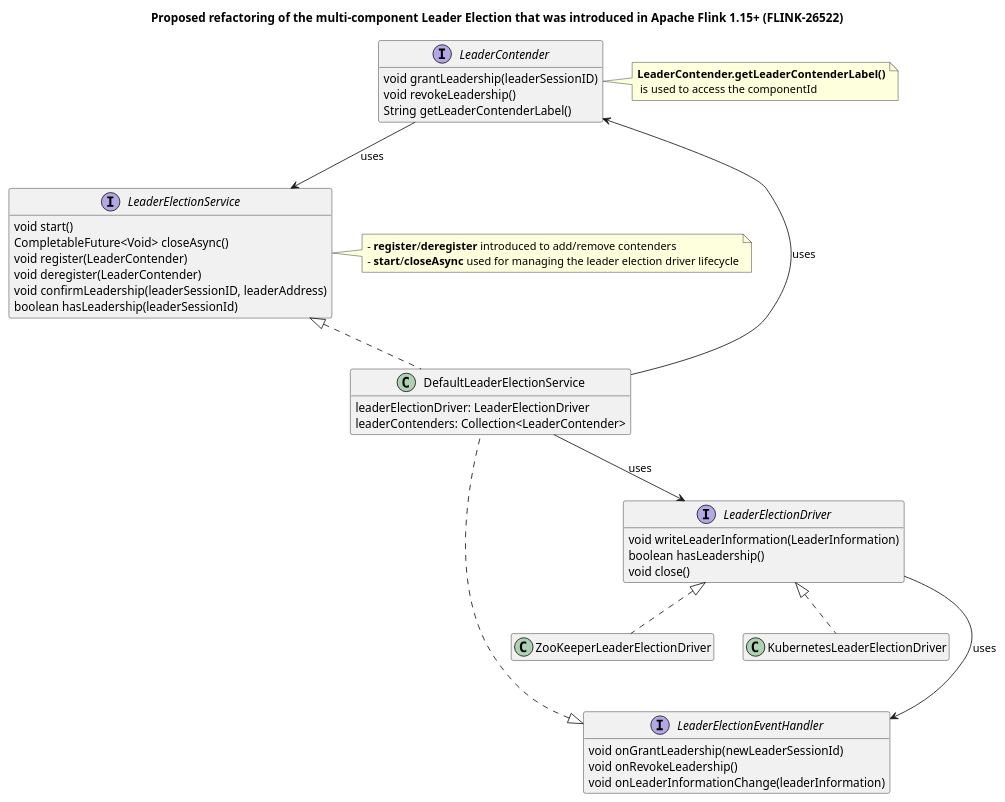
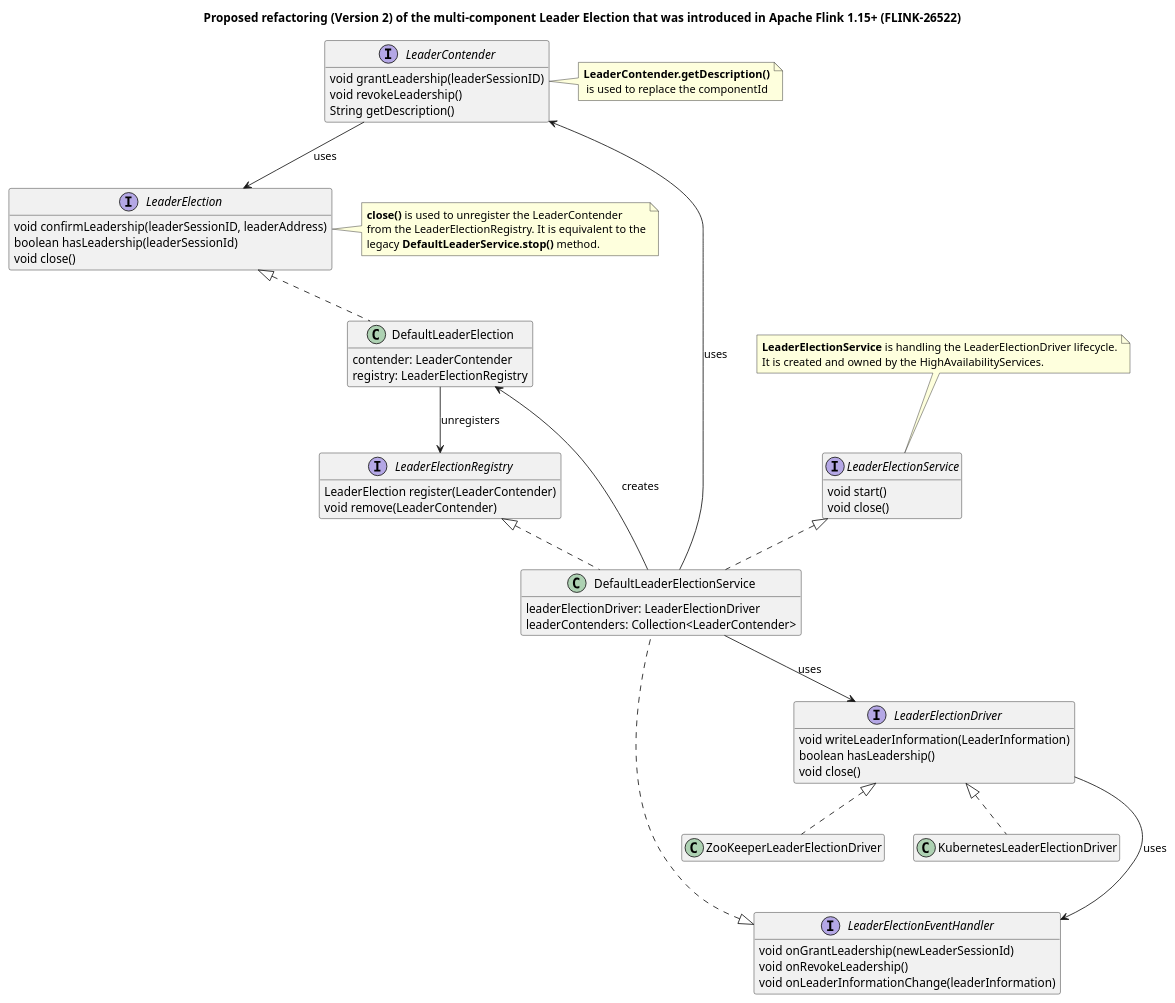
Before and after one commit to XComp/flink-diagrams: the diagram in plantuml/leaderelection-FLINK-26522.class.puml, drawn with PlantUML.

Commit message:
Updated proposal (v2) for FLINK-26522 changes.

```diff
--- a/plantuml/leaderelection-FLINK-26522.class.puml
+++ b/plantuml/leaderelection-FLINK-26522.class.puml
@@ -1,61 +1,84 @@
 @startuml
 'https://plantuml.com/class-diagram
 
-title Proposed refactoring of the multi-component Leader Election that was introduced in Apache Flink 1.15+ (FLINK-26522)
+title Proposed refactoring (Version 2) of the multi-component Leader Election that was introduced in Apache Flink 1.15+ (FLINK-26522)
 
 interface LeaderContender {
     void grantLeadership(leaderSessionID)
     void revokeLeadership()
-    String getLeaderContenderLabel()
+    String getDescription()
 }
 hide LeaderContender fields
-note right: <b>LeaderContender.getLeaderContenderLabel()</b>\n is used to access the componentId
+note right: <b>LeaderContender.getDescription()</b>\n is used to replace the componentId
 
 interface LeaderElectionDriver {
     void writeLeaderInformation(LeaderInformation)
     boolean hasLeadership()
     void close()
 }
 hide LeaderElectionDriver fields
 
 interface LeaderElectionEventHandler {
     void onGrantLeadership(newLeaderSessionId)
     void onRevokeLeadership()
     void onLeaderInformationChange(leaderInformation)
 }
 hide LeaderElectionEventHandler fields
 
 interface LeaderElectionService {
     void start()
-    CompletableFuture<Void> closeAsync()
-    void register(LeaderContender)
-    void deregister(LeaderContender)
+    void close()
+}
+hide LeaderElectionService fields
+note top of LeaderElectionService
+    <b>LeaderElectionService</b> is handling the LeaderElectionDriver lifecycle.
+    It is created and owned by the HighAvailabilityServices.
+end note
+
+interface LeaderElectionRegistry {
+    LeaderElection register(LeaderContender)
+    void remove(LeaderContender)
+}
+hide LeaderElectionRegistry fields
+
+interface LeaderElection {
     void confirmLeadership(leaderSessionID, leaderAddress)
     boolean hasLeadership(leaderSessionId)
+    void close()
 }
-hide LeaderElectionService fields
-note left of LeaderElectionService
-- <b>register</b>/<b>deregister</b> introduced to add/remove contenders
-- <b>start</b>/<b>closeAsync</b> used for managing the leader election driver lifecycle
+hide LeaderElection fields
+note left of LeaderElection
+    <b>close()</b> is used to unregister the LeaderContender
+    from the LeaderElectionRegistry. It is equivalent to the
+    legacy <b>DefaultLeaderService.stop()</b> method.
 end note
+
+class DefaultLeaderElection implements LeaderElection {
+    contender: LeaderContender
+    registry: LeaderElectionRegistry
+}
+hide DefaultLeaderElection methods
 
 class DefaultLeaderElectionService {
     leaderElectionDriver: LeaderElectionDriver
     leaderContenders: Collection<LeaderContender>
 }
 hide DefaultLeaderElectionService methods
 
 class ZooKeeperLeaderElectionDriver implements LeaderElectionDriver
 hide ZooKeeperLeaderElectionDriver members
 
 class KubernetesLeaderElectionDriver implements LeaderElectionDriver
 hide KubernetesLeaderElectionDriver members
 
-class DefaultLeaderElectionService implements LeaderElectionService, LeaderElectionEventHandler
+class DefaultLeaderElectionService implements LeaderElectionRegistry, LeaderElectionService, LeaderElectionEventHandler
+
+DefaultLeaderElectionService --> DefaultLeaderElection : creates
+LeaderContender --> LeaderElection : uses
+DefaultLeaderElection --> LeaderElectionRegistry : unregisters
 
 LeaderElectionDriver ---> LeaderElectionEventHandler : uses
 DefaultLeaderElectionService --> LeaderElectionDriver : uses
 DefaultLeaderElectionService --> LeaderContender : uses
-LeaderContender --> LeaderElectionService : uses
 
 @enduml
```
